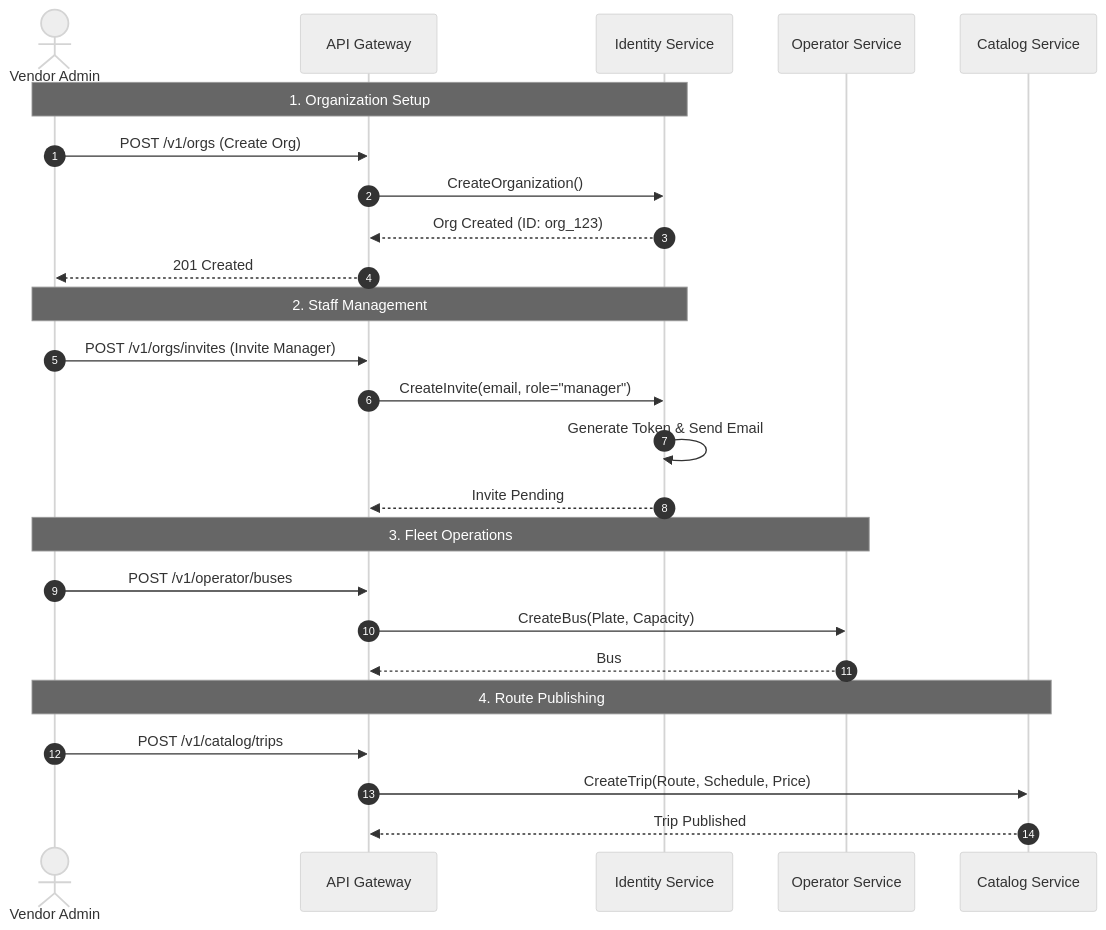
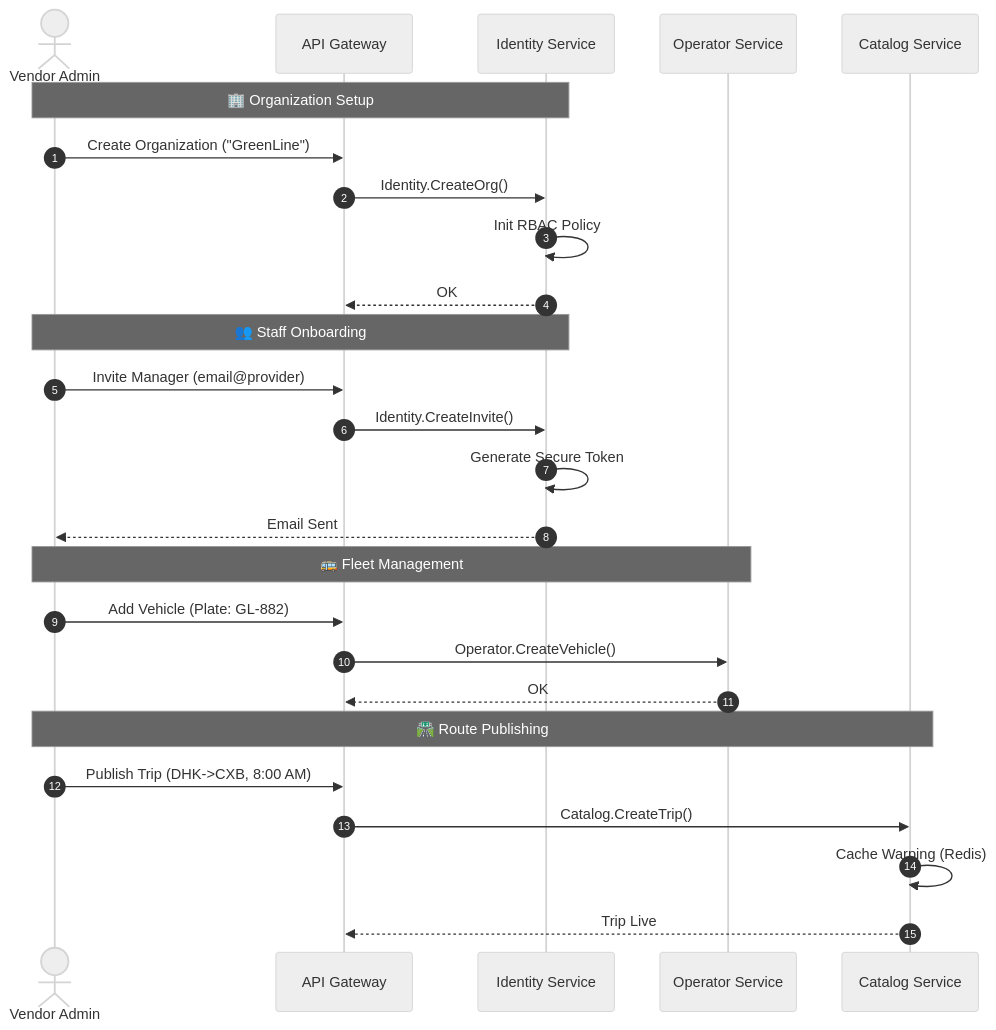
Before and after one commit to MuhibNayem/Travio: the first of 3 diagrams in README.md, drawn with Mermaid (neutral theme). The commit also changed other lines of this file, not shown here.

Commit message:
docs: Enhance README with multi-modal platform details, core engineering challenges, and updated architecture.

````diff
--- a/README.md
+++ b/README.md
@@ -56,31 +81,32 @@
 ```mermaid
 sequenceDiagram
     autonumber
     actor Admin as Vendor Admin
     participant GW as API Gateway
     participant ID as Identity Service
     participant OP as Operator Service
     participant CAT as Catalog Service
 
-    Note over Admin, ID: 1. Organization Setup
-    Admin->>GW: POST /v1/orgs (Create Org)
-    GW->>ID: CreateOrganization()
-    ID-->>GW: Org Created (ID: org_123)
-    GW-->>Admin: 201 Created
+    Note over Admin, ID: 🏢 Organization Setup
+    Admin->>GW: Create Organization ("GreenLine")
+    GW->>ID: Identity.CreateOrg()
+    ID->>ID: Init RBAC Policy
+    ID-->>GW: OK
 
-    Note over Admin, ID: 2. Staff Management
-    Admin->>GW: POST /v1/orgs/invites (Invite Manager)
-    GW->>ID: CreateInvite(email, role="manager")
-    ID->>ID: Generate Token & Send Email
-    ID-->>GW: Invite Pending
+    Note over Admin, ID: 👥 Staff Onboarding
+    Admin->>GW: Invite Manager (email@provider)
+    GW->>ID: Identity.CreateInvite()
+    ID->>ID: Generate Secure Token
+    ID-->>Admin: Email Sent
 
-    Note over Admin, OP: 3. Fleet Operations
-    Admin->>GW: POST /v1/operator/buses
-    GW->>OP: CreateBus(Plate, Capacity)
-    OP-->>GW: Bus #8821 Created
+    Note over Admin, OP: 🚌 Fleet Management
+    Admin->>GW: Add Vehicle (Plate: GL-882)
+    GW->>OP: Operator.CreateVehicle()
+    OP-->>GW: OK
 
-    Note over Admin, CAT: 4. Route Publishing
-    Admin->>GW: POST /v1/catalog/trips
-    GW->>CAT: CreateTrip(Route, Schedule, Price)
-    CAT-->>GW: Trip Published
+    Note over Admin, CAT: 🛣️ Route Publishing
+    Admin->>GW: Publish Trip (DHK->CXB, 8:00 AM)
+    GW->>CAT: Catalog.CreateTrip()
+    CAT->>CAT: Cache Warping (Redis)
+    CAT-->>GW: Trip Live
 ```
````
